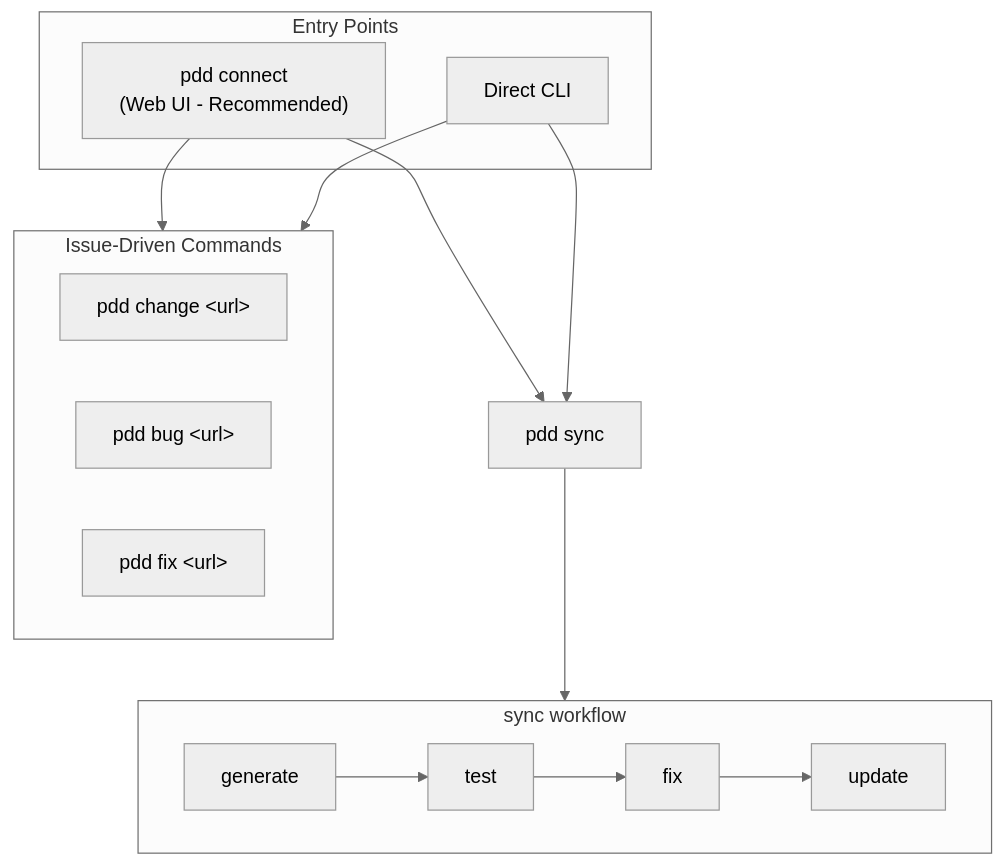
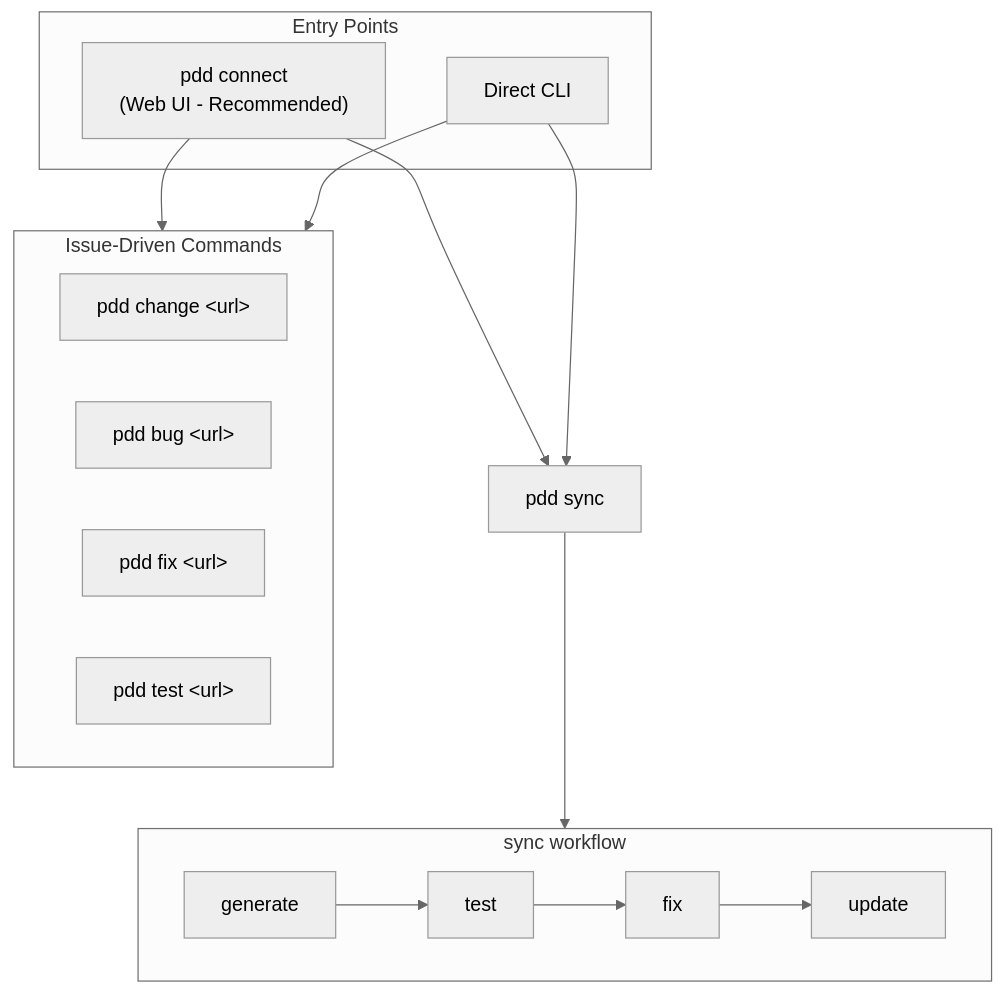
Before and after one commit to promptdriven/pdd: the diagram in README.md, drawn with Mermaid (neutral theme). The commit also changed other lines of this file and 15 other files, not shown here.

````diff
--- a/README.md
+++ b/README.md
@@ -532,27 +533,28 @@
 ```mermaid
 flowchart TB
     subgraph entry["Entry Points"]
         connect["pdd connect<br/>(Web UI - Recommended)"]
         cli["Direct CLI"]
     end
 
     subgraph issue["Issue-Driven Commands"]
         change["pdd change &lt;url&gt;"]
         bug["pdd bug &lt;url&gt;"]
         fix_url["pdd fix &lt;url&gt;"]
+        test_url["pdd test &lt;url&gt;"]
     end
 
     sync["pdd sync"]
 
     subgraph sync_flow["sync workflow"]
         direction LR
         generate["generate"] --> test["test"] --> fix["fix"] --> update["update"]
     end
 
     connect --> issue
     connect --> sync
     cli --> issue
     cli --> sync
 
     sync --> sync_flow
 ```
````
